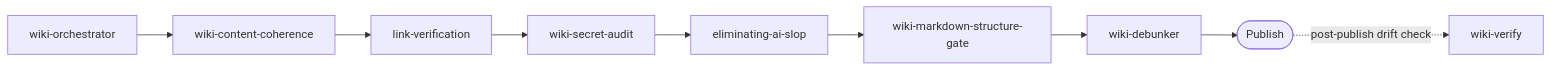
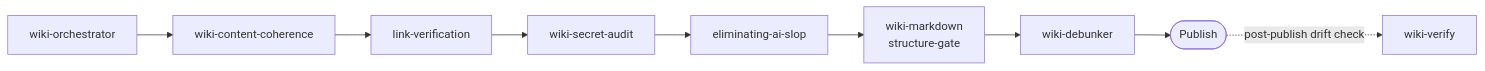
One commit to bordenet/superpowers-plus changed the fifth of 7 diagrams in docs/SKILL_TAXONOMY.md. Above: the diagram before and after it, drawn with Mermaid. The commit also changed other lines of this file and 3 other files, not shown here.

First line of the commit message:
docs: add DESIGN.md and fix mermaid diagrams across docs (#675)

````diff
--- a/docs/SKILL_TAXONOMY.md
+++ b/docs/SKILL_TAXONOMY.md
@@ -180,15 +182,15 @@
 ```mermaid
 flowchart LR
     WO[wiki-orchestrator]
     WCC[wiki-content-coherence]
     LV[link-verification]
     WSA[wiki-secret-audit]
     EAS[eliminating-ai-slop]
-    WMSG[wiki-markdown-structure-gate]
+    WMSG[wiki-markdown<br/>structure-gate]
     WD[wiki-debunker]
     PUB([Publish])
     WV[wiki-verify]
 
     WO --> WCC --> LV --> WSA --> EAS --> WMSG --> WD --> PUB
     PUB -.->|post-publish drift check| WV
 ```
````
